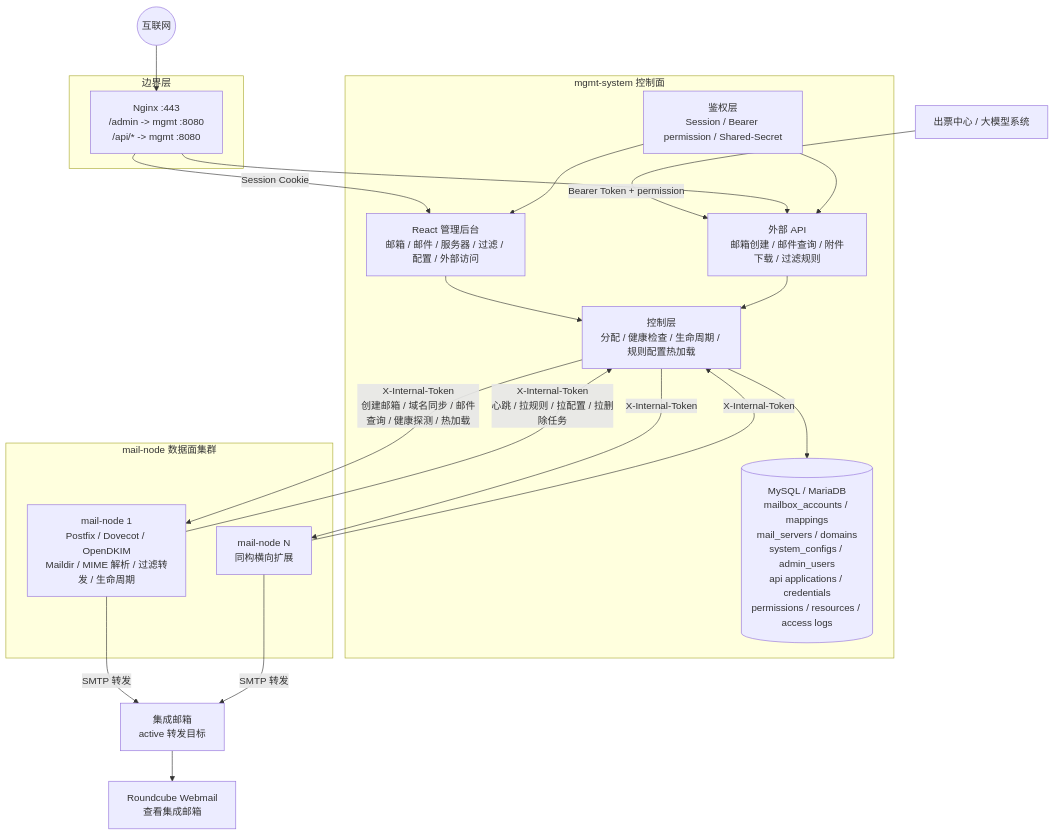
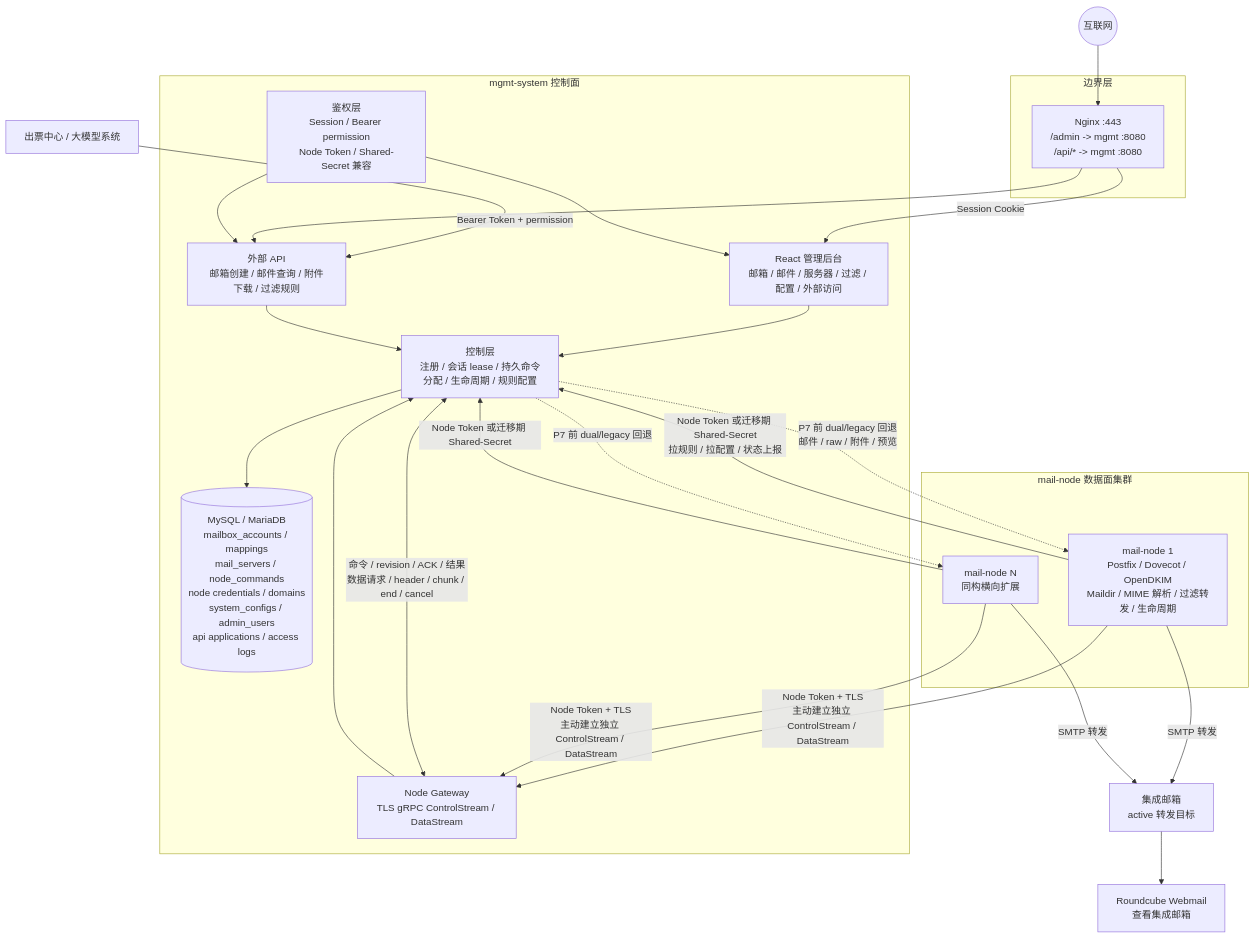
The first of 3 diagrams in docs/architecture-overview.md (snowflake-yezi/MailHub), drawn with Mermaid before and after one commit. The commit also changed other lines of this file and 3 other files, not shown here.

First line of the commit message:
feat(node): 完成节点注册 NR-P6 DataStream 迁移验收

````diff
--- a/docs/architecture-overview.md
+++ b/docs/architecture-overview.md
@@ -9,45 +9,50 @@
 ```mermaid
 flowchart TB
     internet((互联网))
 
     subgraph edge["边界层"]
         nginx["Nginx :443<br/>/admin -> mgmt :8080<br/>/api/* -> mgmt :8080"]
     end
 
     subgraph mgmt["mgmt-system 控制面"]
-        auth["鉴权层<br/>Session / Bearer permission / Shared-Secret"]
+        auth["鉴权层<br/>Session / Bearer permission<br/>Node Token / Shared-Secret 兼容"]
         web["React 管理后台<br/>邮箱 / 邮件 / 服务器 / 过滤 / 配置 / 外部访问"]
         api["外部 API<br/>邮箱创建 / 邮件查询 / 附件下载 / 过滤规则"]
-        control["控制层<br/>分配 / 健康检查 / 生命周期 / 规则配置热加载"]
-        db[("MySQL / MariaDB<br/>mailbox_accounts / mappings<br/>mail_servers / domains<br/>system_configs / admin_users<br/>api applications / credentials<br/>permissions / resources / access logs")]
+        control["控制层<br/>注册 / 会话 lease / 持久命令<br/>分配 / 生命周期 / 规则配置"]
+        gateway["Node Gateway<br/>TLS gRPC ControlStream / DataStream"]
+        db[("MySQL / MariaDB<br/>mailbox_accounts / mappings<br/>mail_servers / node_commands<br/>node credentials / domains<br/>system_configs / admin_users<br/>api applications / access logs")]
     end
 
     subgraph nodes["mail-node 数据面集群"]
         node1["mail-node 1<br/>Postfix / Dovecot / OpenDKIM<br/>Maildir / MIME 解析 / 过滤转发 / 生命周期"]
         nodeN["mail-node N<br/>同构横向扩展"]
     end
 
     caller["出票中心 / 大模型系统"]
     union["集成邮箱<br/>active 转发目标"]
     roundcube["Roundcube Webmail<br/>查看集成邮箱"]
 
     internet --> nginx
     caller -->|"Bearer Token + permission"| api
     nginx -->|"Session Cookie"| web
     nginx --> api
 
     auth --> web
     auth --> api
     web --> control
     api --> control
     control --> db
+    gateway --> control
 
-    control -->|"X-Internal-Token<br/>创建邮箱 / 域名同步 / 邮件查询 / 健康探测 / 热加载"| node1
-    control -->|"X-Internal-Token"| nodeN
-    node1 -->|"X-Internal-Token<br/>心跳 / 拉规则 / 拉配置 / 拉删除任务"| control
-    nodeN -->|"X-Internal-Token"| control
+    node1 -->|"Node Token + TLS<br/>主动建立独立 ControlStream / DataStream"| gateway
+    nodeN -->|"Node Token + TLS<br/>主动建立独立 ControlStream / DataStream"| gateway
+    control <-->|"命令 / revision / ACK / 结果<br/>数据请求 / header / chunk / end / cancel"| gateway
+    control -.->|"P7 前 dual/legacy 回退<br/>邮件 / raw / 附件 / 预览"| node1
+    control -.->|"P7 前 dual/legacy 回退"| nodeN
+    node1 -->|"Node Token 或迁移期 Shared-Secret<br/>拉规则 / 拉配置 / 状态上报"| control
+    nodeN -->|"Node Token 或迁移期 Shared-Secret"| control
 
     node1 -->|"SMTP 转发"| union
     nodeN -->|"SMTP 转发"| union
     union --> roundcube
 ```
````
